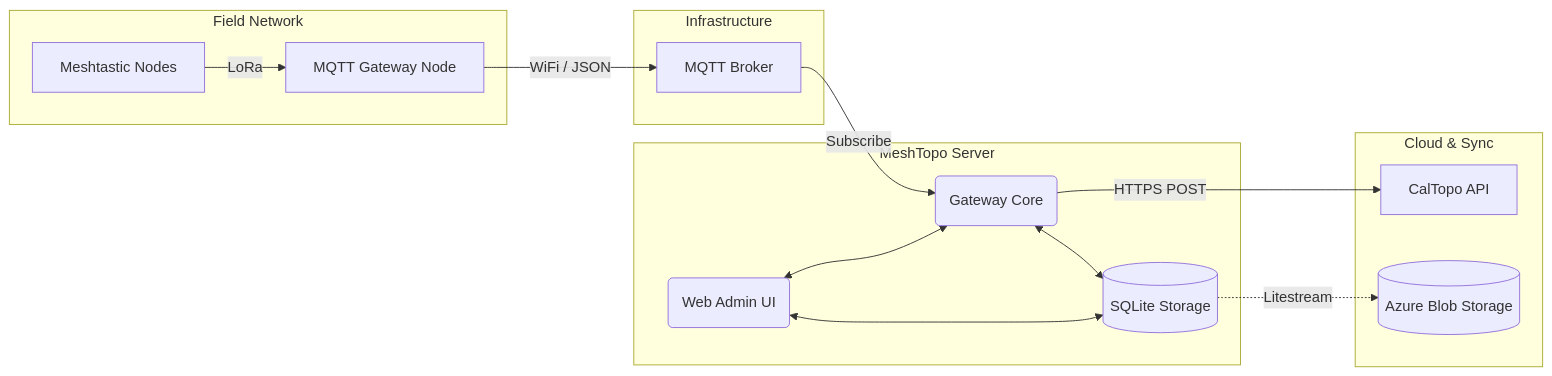
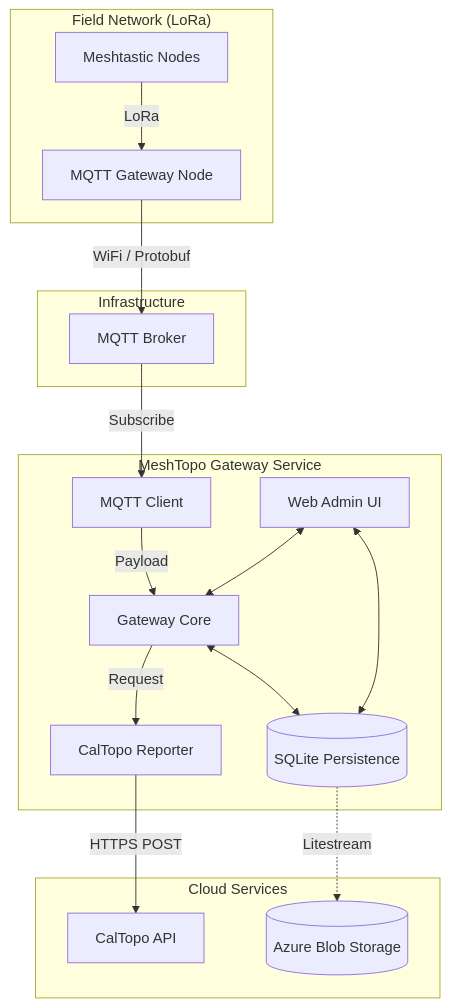
One commit to clayauld/meshtopo changed the diagram in docs/architecture.md. Above: the diagram before and after it, drawn with Mermaid. The commit also changed other lines of this file and 9 other files, not shown here.

Commit message:
chore: update architecture and protocol documentation along with other system docs.

````diff
--- a/docs/architecture.md
+++ b/docs/architecture.md
@@ -31,22 +31,24 @@
 ```mermaid
-graph LR
-    subgraph "Field Network"
+graph TD
+    subgraph "Field Network (LoRa)"
         M[Meshtastic Nodes] --> |LoRa| G[MQTT Gateway Node]
     end
 
     subgraph "Infrastructure"
-        G -->|WiFi / JSON| B[MQTT Broker]
+        G -->|WiFi / Protobuf| B[MQTT Broker]
     end
 
-    subgraph "MeshTopo Server"
-        B -->|Subscribe| APP(Gateway Core)
-        APP <--> DB[(SQLite Storage)]
-        UI(Web Admin UI) <--> DB
-        UI <--> APP
+    subgraph "MeshTopo Gateway Service"
+        B -->|Subscribe| MC[MQTT Client]
+        MC -->|Payload| GAP[Gateway Core]
+        GAP <--> DB[(SQLite Persistence)]
+        GAP -->|Request| CR[CalTopo Reporter]
+        UI[Web Admin UI] <--> DB
+        UI <--> GAP
     end
 
-    subgraph "Cloud & Sync"
-        APP -->|HTTPS POST| C[CalTopo API]
+    subgraph "Cloud Services"
+        CR -->|HTTPS POST| CAPI[CalTopo API]
         DB -.->|Litestream| AZ[(Azure Blob Storage)]
     end
 ```
````
